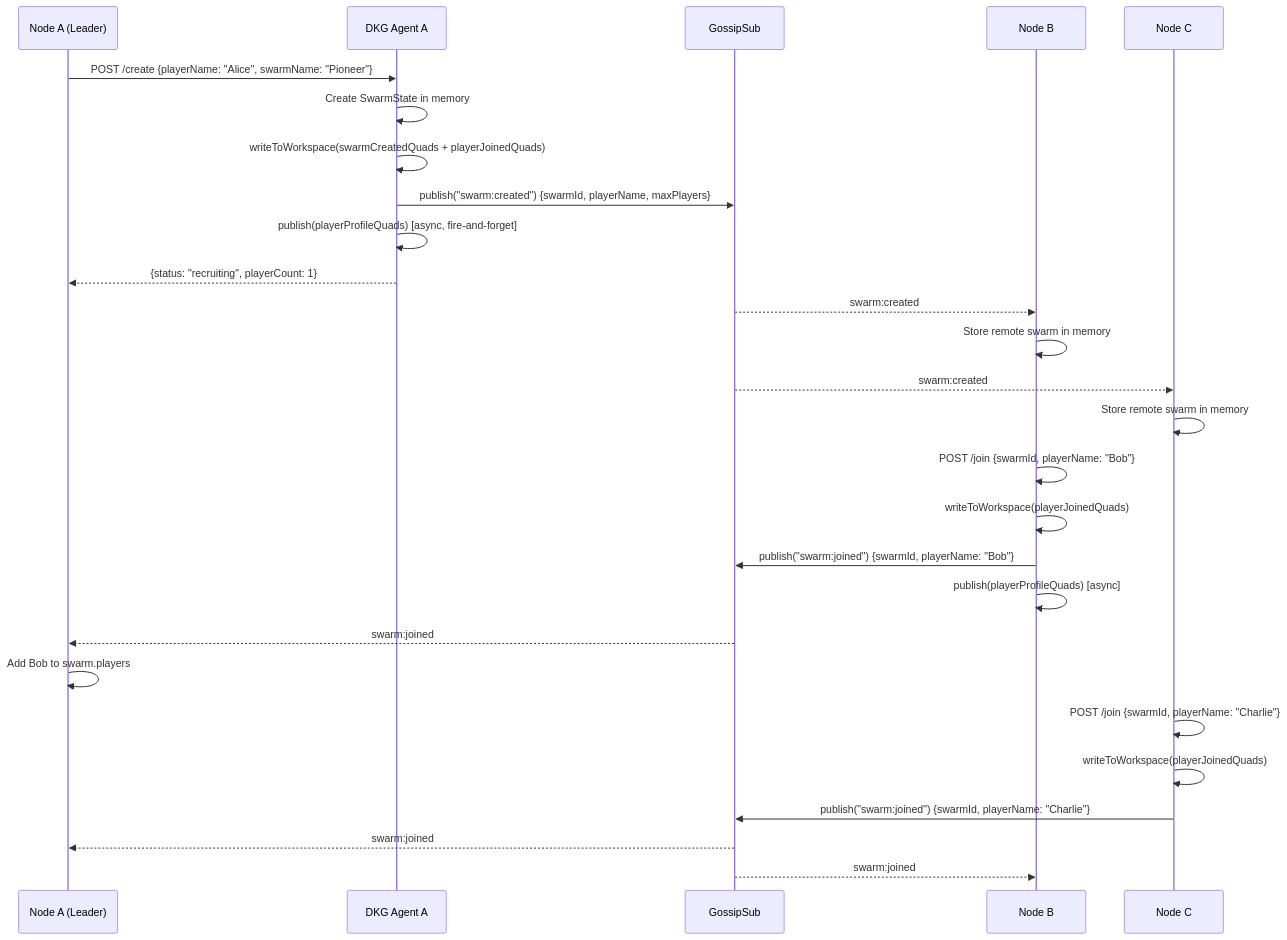
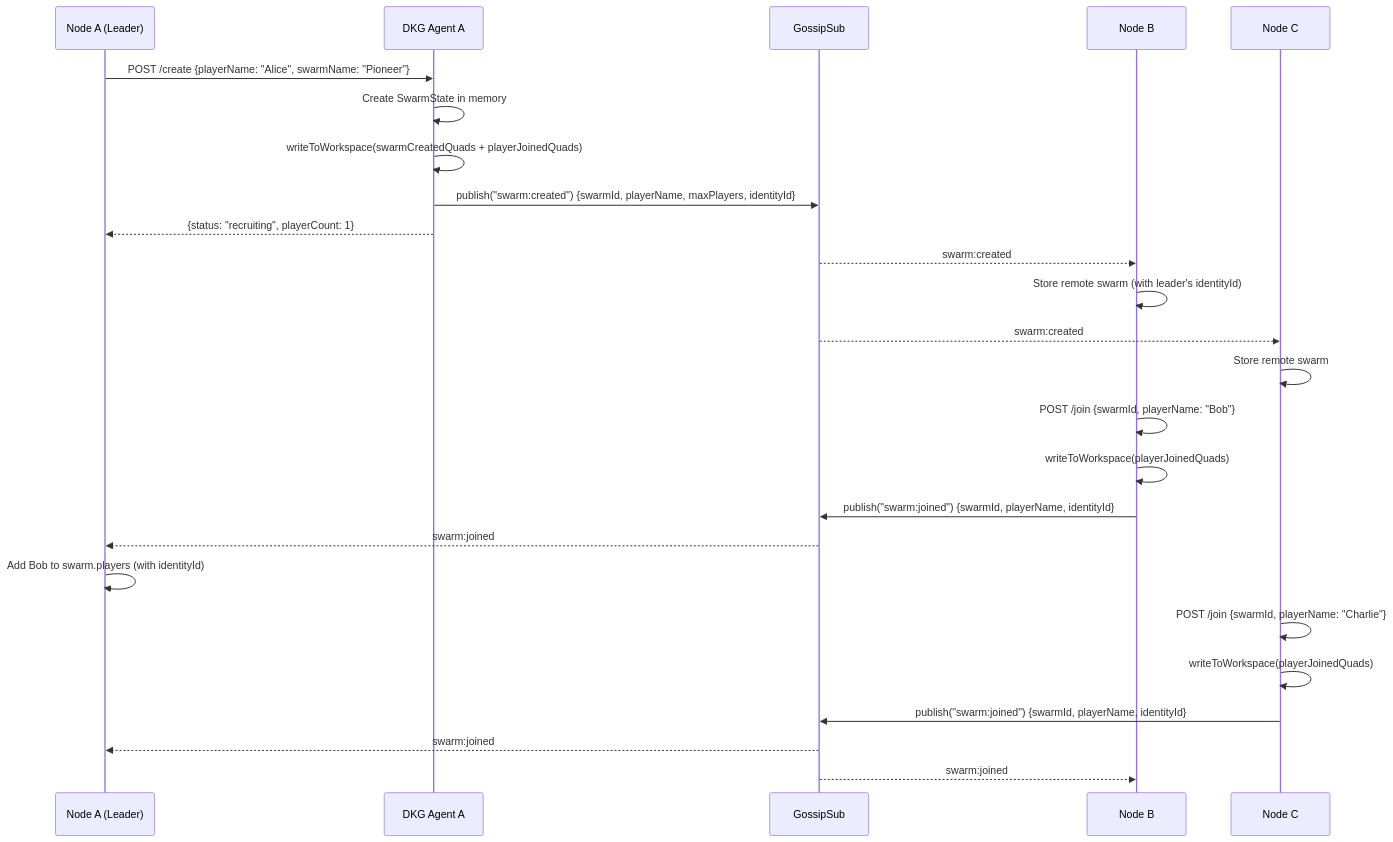
Before and after one commit to OriginTrail/dkg: the third of 8 diagrams in docs/origintrail-game.md, drawn with Mermaid. The commit also changed other lines of this file and 16 other files, not shown here.

First line of the commit message:
feat: selectiveDisclosureMerkleRoot in contracts, game context graph integration, devnet improvements

````diff
--- a/docs/origintrail-game.md
+++ b/docs/origintrail-game.md
@@ -28,33 +145,31 @@
 ```mermaid
 sequenceDiagram
     participant A as Node A (Leader)
     participant DKG_A as DKG Agent A
     participant GS as GossipSub
     participant B as Node B
     participant C as Node C
 
     A->>DKG_A: POST /create {playerName: "Alice", swarmName: "Pioneer"}
     DKG_A->>DKG_A: Create SwarmState in memory
     DKG_A->>DKG_A: writeToWorkspace(swarmCreatedQuads + playerJoinedQuads)
-    DKG_A->>GS: publish("swarm:created") {swarmId, playerName, maxPlayers}
-    DKG_A->>DKG_A: publish(playerProfileQuads) [async, fire-and-forget]
+    DKG_A->>GS: publish("swarm:created") {swarmId, playerName, maxPlayers, identityId}
     DKG_A-->>A: {status: "recruiting", playerCount: 1}
 
     GS-->>B: swarm:created
-    B->>B: Store remote swarm in memory
+    B->>B: Store remote swarm (with leader's identityId)
     GS-->>C: swarm:created
-    C->>C: Store remote swarm in memory
+    C->>C: Store remote swarm
 
     B->>B: POST /join {swarmId, playerName: "Bob"}
     B->>B: writeToWorkspace(playerJoinedQuads)
-    B->>GS: publish("swarm:joined") {swarmId, playerName: "Bob"}
-    B->>B: publish(playerProfileQuads) [async]
+    B->>GS: publish("swarm:joined") {swarmId, playerName, identityId}
     GS-->>A: swarm:joined
-    A->>A: Add Bob to swarm.players
+    A->>A: Add Bob to swarm.players (with identityId)
 
     C->>C: POST /join {swarmId, playerName: "Charlie"}
     C->>C: writeToWorkspace(playerJoinedQuads)
-    C->>GS: publish("swarm:joined") {swarmId, playerName: "Charlie"}
+    C->>GS: publish("swarm:joined") {swarmId, playerName, identityId}
     GS-->>A: swarm:joined
     GS-->>B: swarm:joined
 ```
````
